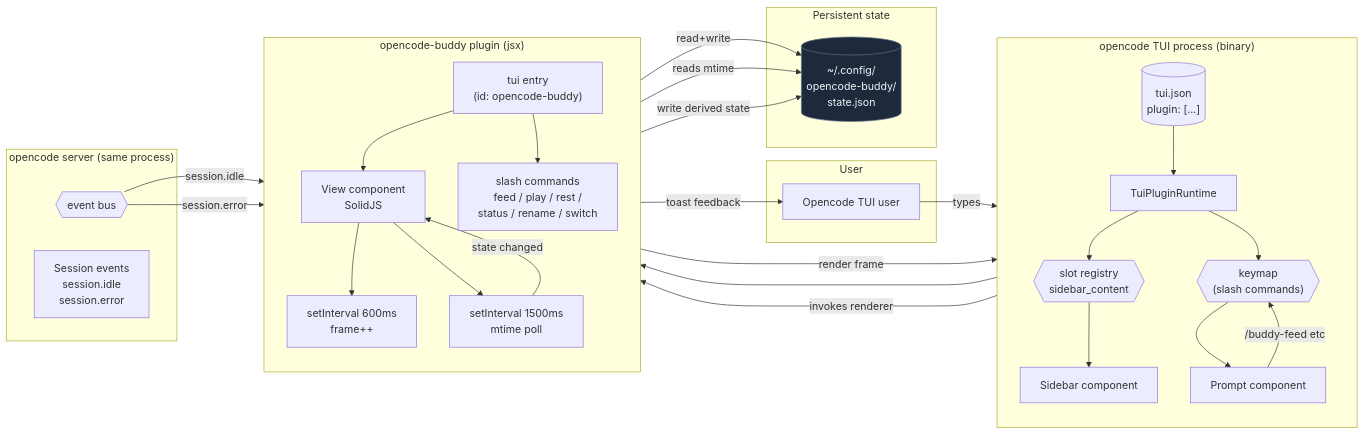
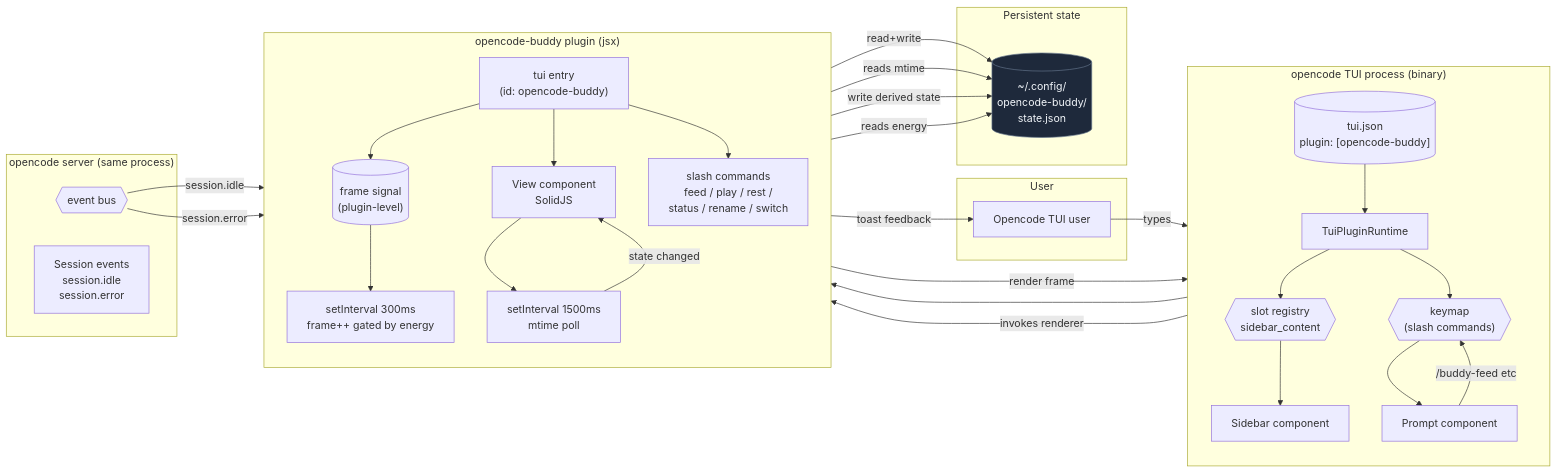
Before and after one commit to AMark-CS/opencode-buddy: the diagram in README.md, drawn with Mermaid. The commit also changed other lines of this file, not shown here.

First line of the commit message:
docs: refresh README for 0.3.7 architecture (plugin-level frame signal)

````diff
--- a/README.md
+++ b/README.md
@@ -109,62 +122,65 @@
 ```mermaid
 flowchart LR
     subgraph User
         U[Opencode TUI user]
     end
 
     subgraph OpencodeTUI["opencode TUI process (binary)"]
         direction TB
-        Config[("tui.json<br/>plugin: [...]")]
+        Config[("tui.json<br/>plugin: [opencode-buddy]")]
         Runtime[TuiPluginRuntime]
         Sidebar[Sidebar component]
         Prompt[Prompt component]
         Slots{{"slot registry<br/>sidebar_content"}}
         Keymap{{"keymap<br/>(slash commands)"}}
 
         Config --> Runtime
         Runtime --> Slots
         Runtime --> Keymap
         Slots --> Sidebar
         Keymap --> Prompt
     end
 
     subgraph Buddy["opencode-buddy plugin (jsx)"]
         direction TB
         TUIEntry["tui entry<br/>(id: opencode-buddy)"]
         View[View component<br/>SolidJS]
-        AnimTick[setInterval 600ms<br/>frame++]
+        FrameSignal[("frame signal<br/>(plugin-level)")]
+        AnimTick[setInterval 300ms<br/>frame++ gated by energy]
         RefreshTick[setInterval 1500ms<br/>mtime poll]
         SlashCmds["slash commands<br/>feed / play / rest /<br/>status / rename / switch"]
 
+        TUIEntry --> FrameSignal
         TUIEntry --> View
         TUIEntry --> SlashCmds
-        View --> AnimTick
+        FrameSignal --> AnimTick
         View --> RefreshTick
     end
 
     subgraph State["Persistent state"]
         StateFile[("~/.config/<br/>opencode-buddy/<br/>state.json")]
     end
 
     subgraph OpencodeServer["opencode server (same process)"]
         Bus{{"event bus"}}
         Sessions[Session events<br/>session.idle<br/>session.error]
     end
 
     U -->|types| Prompt
     Prompt -->|/buddy-feed etc| Keymap
     Keymap --> SlashCmds
     SlashCmds -->|read+write| StateFile
     SlashCmds -->|toast feedback| U
 
     Slots -->|invokes renderer| View
     View -->|render frame| Sidebar
     View -->|reads mtime| StateFile
     RefreshTick -->|state changed| View
     Bus -->|session.idle| View
     Bus -->|session.error| View
     View -->|write derived state| StateFile
+    AnimTick -->|reads energy| StateFile
 
     classDef store fill:#1e293b,stroke:#64748b,color:#f1f5f9
     class StateFile store
 ```
````
